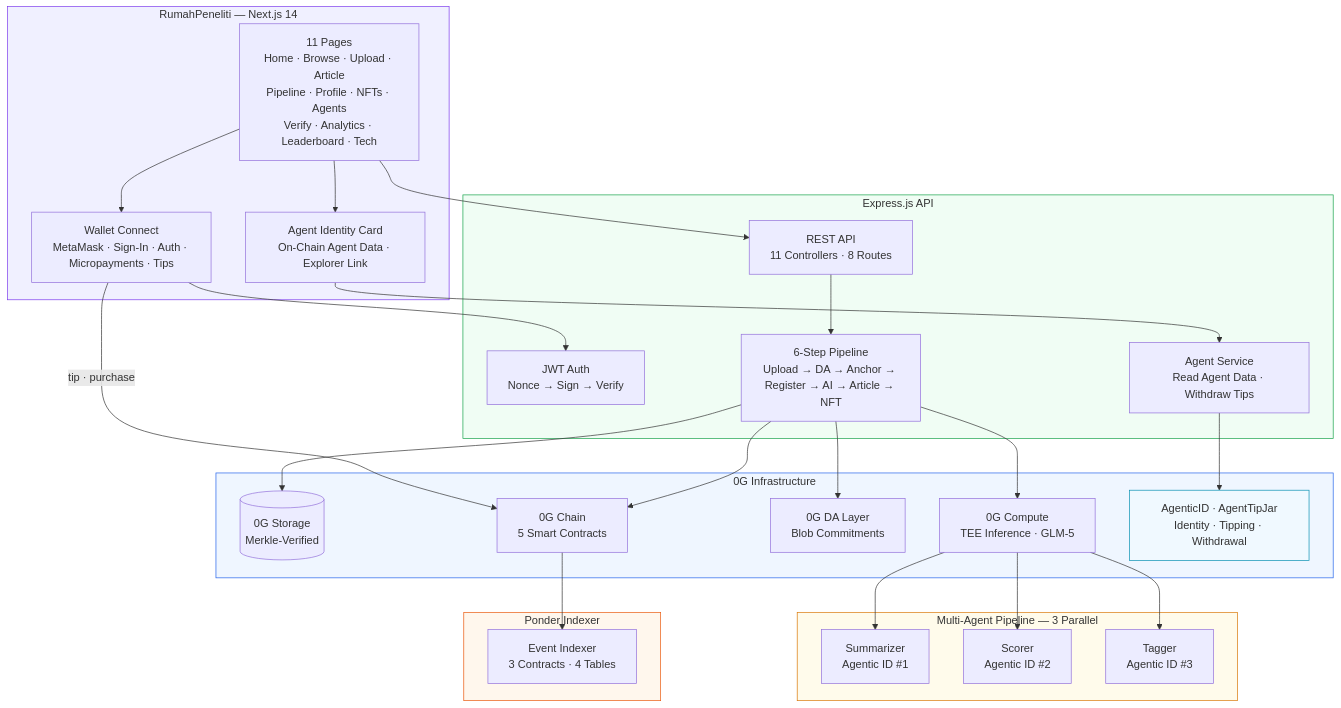
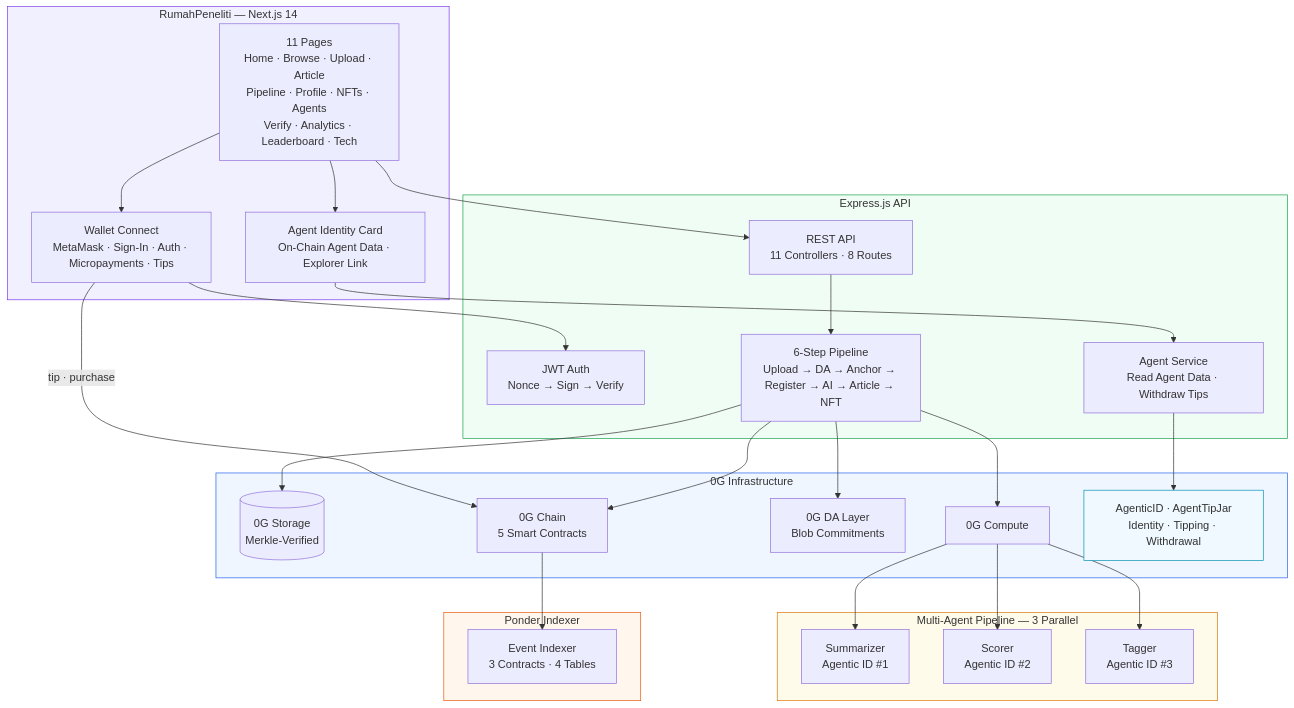
One commit to dwlpra/rumah-peneliti changed the first of 5 diagrams in README.md. Above: the diagram before and after it, drawn with Mermaid. The commit also changed other lines of this file, not shown here.

Commit message:
fix: remove GLM-5 and TEE references — model is dynamic from 0G Compute network

````diff
--- a/README.md
+++ b/README.md
@@ -168,57 +168,57 @@
 ```mermaid
 graph TB
     subgraph Frontend["RumahPeneliti — Next.js 14"]
         UI["11 Pages<br/>Home · Browse · Upload · Article<br/>Pipeline · Profile · NFTs · Agents<br/>Verify · Analytics · Leaderboard · Tech"]
         Wallet["Wallet Connect<br/>MetaMask · Sign-In · Auth · Micropayments · Tips"]
         AgentUI["Agent Identity Card<br/>On-Chain Agent Data · Explorer Link"]
     end
 
     subgraph Backend["Express.js API"]
         API["REST API<br/>11 Controllers · 8 Routes"]
         Auth["JWT Auth<br/>Nonce → Sign → Verify"]
         Pipeline["6-Step Pipeline<br/>Upload → DA → Anchor → Register → AI → Article → NFT"]
         AgentSvc["Agent Service<br/>Read Agent Data · Withdraw Tips"]
     end
 
     subgraph AI["Multi-Agent Pipeline — 3 Parallel"]
         Summarizer["Summarizer<br/>Agentic ID #1"]
         Scorer["Scorer<br/>Agentic ID #2"]
         Tagger["Tagger<br/>Agentic ID #3"]
     end
 
     subgraph ZeroG["0G Infrastructure"]
         Storage[("0G Storage<br/>Merkle-Verified")]
-        Compute["0G Compute<br/>TEE Inference · GLM-5"]
+        Compute["0G Compute"]
         DA["0G DA Layer<br/>Blob Commitments"]
         Chain["0G Chain<br/>5 Smart Contracts"]
         AgenticID["AgenticID · AgentTipJar<br/>Identity · Tipping · Withdrawal"]
     end
 
     subgraph Indexer["Ponder Indexer"]
         Ponder["Event Indexer<br/>3 Contracts · 4 Tables"]
     end
 
     UI --> Wallet
     UI --> API
     UI --> AgentUI
     AgentUI --> AgentSvc
     AgentSvc --> AgenticID
     Wallet --> Auth
     Wallet -->|"tip · purchase"| Chain
     API --> Pipeline
     Pipeline --> Storage
     Pipeline --> DA
     Pipeline --> Chain
     Pipeline --> Compute
     Compute --> Summarizer
     Compute --> Scorer
     Compute --> Tagger
     Chain --> Ponder
 
     style Frontend fill:#f0f0ff,stroke:#7c3aed,color:#333
     style Backend fill:#f0fdf4,stroke:#16a34a,color:#333
     style AI fill:#fffbeb,stroke:#d97706,color:#333
     style ZeroG fill:#eff6ff,stroke:#2563eb,color:#333
     style Indexer fill:#fff7ed,stroke:#ea580c,color:#333
     style AgenticID fill:#f0f9ff,stroke:#0891b2,color:#333
 ```
````
